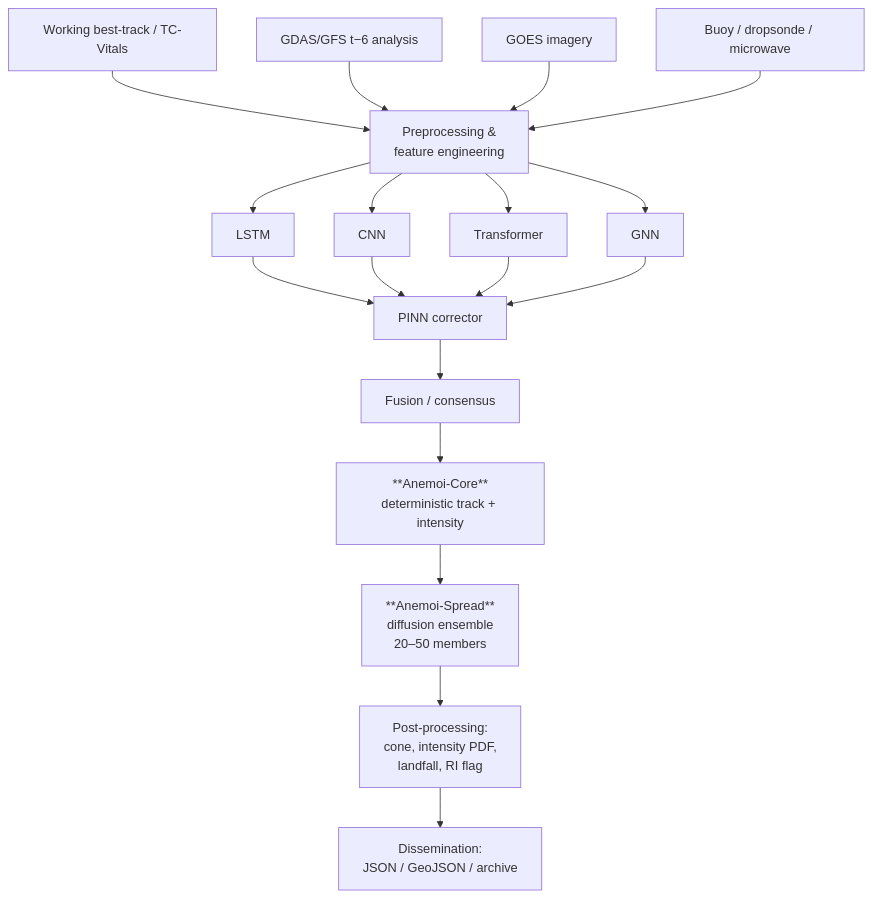
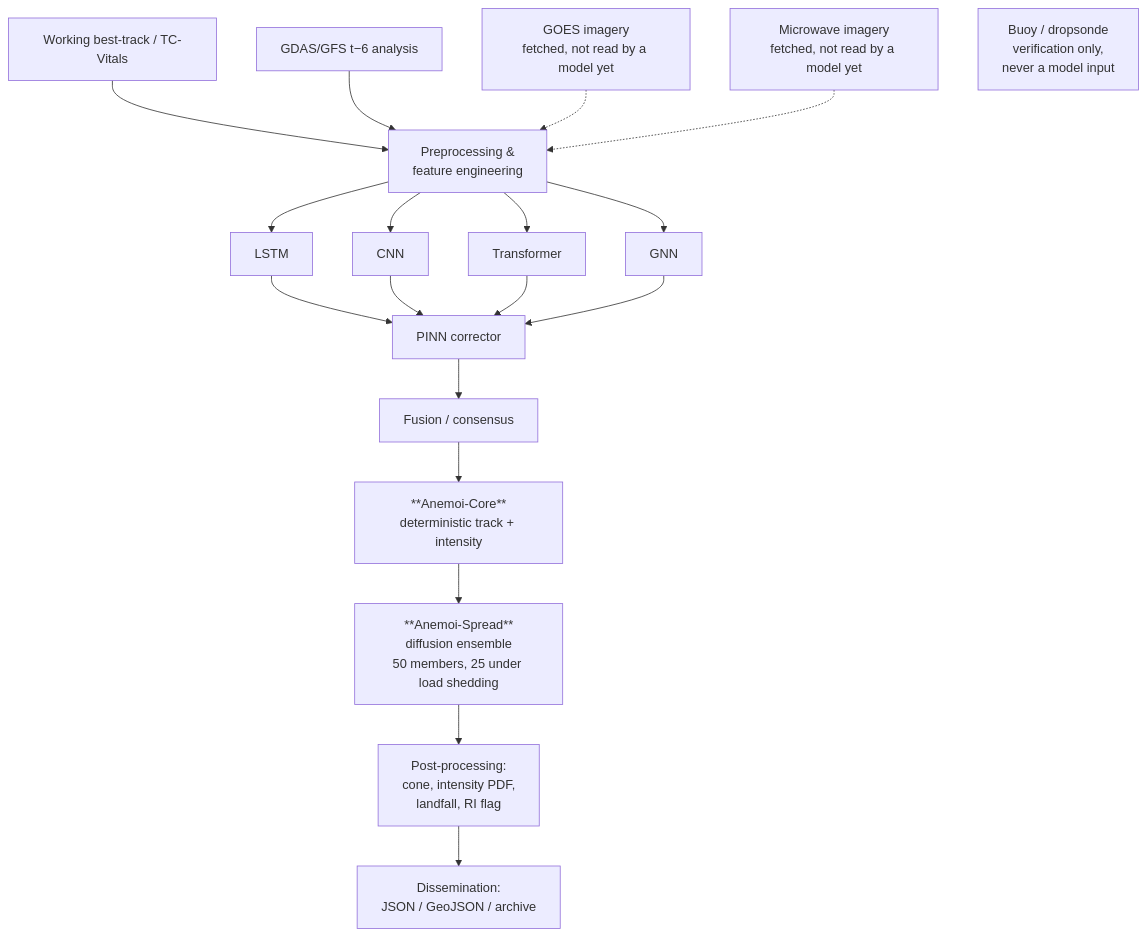
One commit to jasonkolodziej/anemoi changed the diagram in wiki/Home.md. Above: the diagram before and after it, drawn with Mermaid. The commit also changed other lines of this file and 63 other files, not shown here.

````diff
--- a/wiki/Home.md
+++ b/wiki/Home.md
@@ -49,20 +49,21 @@
 ```mermaid
 flowchart TD
     A[Working best-track / TC-Vitals] --> F
     B[GDAS/GFS t−6 analysis] --> F
-    C[GOES imagery] --> F
-    D[Buoy / dropsonde / microwave] --> F
+    C[GOES imagery<br/>fetched, not read by a model yet] -.-> F
+    D[Microwave imagery<br/>fetched, not read by a model yet] -.-> F
+    V[Buoy / dropsonde<br/>verification only,<br/>never a model input]
     F[Preprocessing &<br/>feature engineering] --> G1[LSTM]
     F --> G2[CNN]
     F --> G3[Transformer]
     F --> G4[GNN]
     G1 --> P[PINN corrector]
     G2 --> P
     G3 --> P
     G4 --> P
     P --> FU[Fusion / consensus]
     FU --> AE[**Anemoi-Core**<br/>deterministic track + intensity]
-    AE --> ME[**Anemoi-Spread**<br/>diffusion ensemble<br/>20–50 members]
+    AE --> ME[**Anemoi-Spread**<br/>diffusion ensemble<br/>50 members, 25 under load shedding]
     ME --> PP[Post-processing:<br/>cone, intensity PDF,<br/>landfall, RI flag]
     PP --> OUT[Dissemination:<br/>JSON / GeoJSON / archive]
 ```
````
